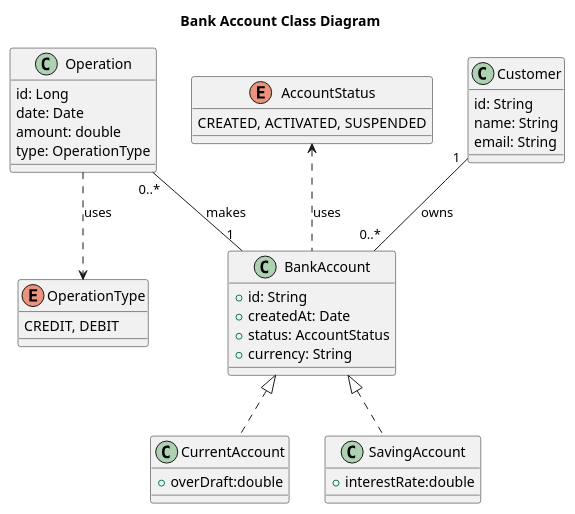
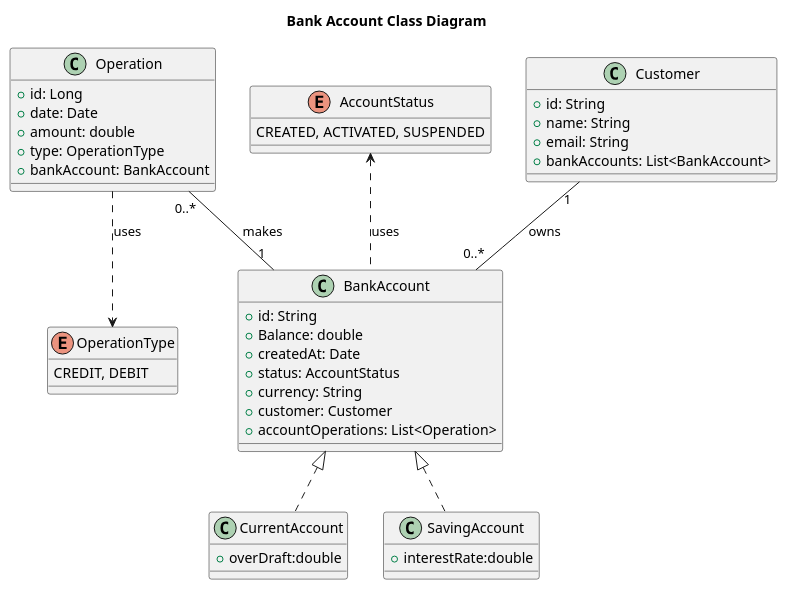
Before and after one commit to samirfandi/DigitalBanking: the diagram in src/main/resources/img/uml.puml, drawn with PlantUML.

Commit message:
Uppdate diagrams

```diff
--- a/src/main/resources/img/uml.puml
+++ b/src/main/resources/img/uml.puml
@@ -1,59 +1,64 @@
 @startuml
 
 skinparam Margin 15
 
 title Bank Account Class Diagram
 
 class BankAccount {
     +id: String 
+    +Balance: double
     +createdAt: Date 
     +status: AccountStatus
     +currency: String
+    +customer: Customer
+    +accountOperations: List<Operation>
 }
 
 
 class CurrentAccount{
      +overDraft:double
 }
 
 class SavingAccount{
     +interestRate:double
 }
 
 CurrentAccount .up.|> BankAccount
 SavingAccount .up.|> BankAccount
 
 
 class Customer {
-    id: String
-    name: String
-    email: String
+    +id: String
+    +name: String
+    +email: String
+    +bankAccounts: List<BankAccount>
 }
 
 Customer "1" -- "0..*" BankAccount : owns
 
 class Operation{
-    id: Long 
-    date: Date 
-    amount: double 
-    type: OperationType 
+    +id: Long 
+    +date: Date 
+    +amount: double 
+    +type: OperationType 
+    +bankAccount: BankAccount
 }
 
 enum OperationType{
     CREDIT, DEBIT
 }
 
 Operation ..> OperationType : uses
 
 enum AccountStatus{
     CREATED, ACTIVATED, SUSPENDED
 }
 
 BankAccount .up.> AccountStatus: uses
 
 
 
 BankAccount "1" -up- "0..*" Operation : makes
 
 
 @enduml
```
